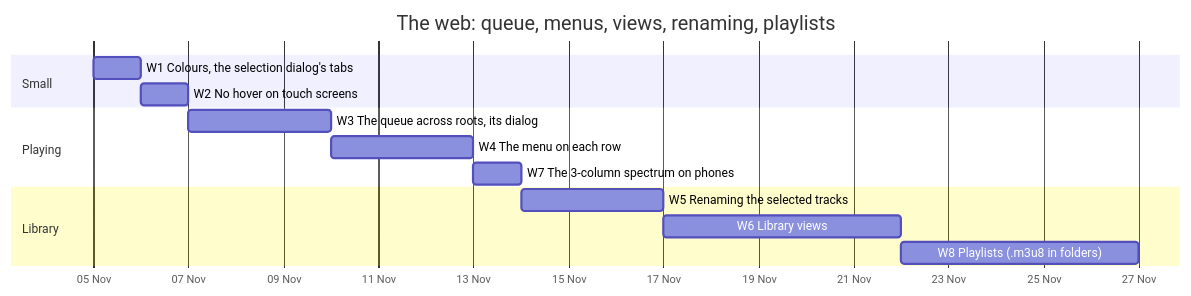
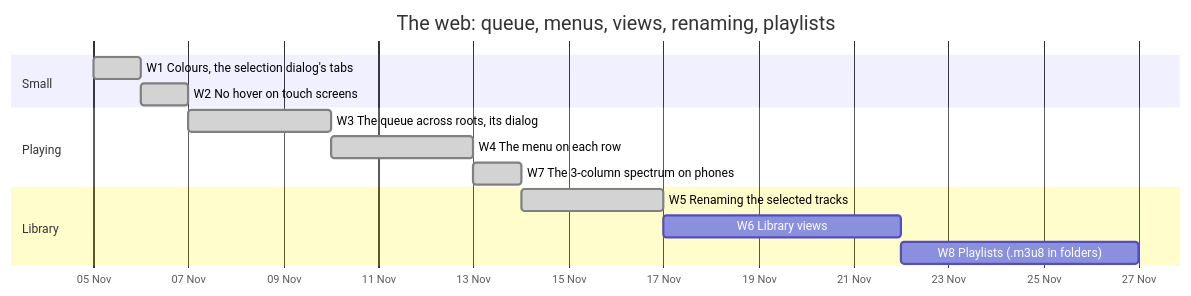
The diagram in ROADMAP/2026-11-04/web-queue-views-renaming.md (jgermade/jackbird), drawn with Mermaid before and after one commit. The commit also changed other lines of this file and 13 other files, not shown here.

First line of the commit message:
feat(web): rename the selected tracks by a %field% pattern (W5)

````diff
--- a/ROADMAP/2026-11-04/web-queue-views-renaming.md
+++ b/ROADMAP/2026-11-04/web-queue-views-renaming.md
@@ -11,17 +13,17 @@
 ```mermaid
 gantt
   title The web: queue, menus, views, renaming, playlists
   dateFormat YYYY-MM-DD
   axisFormat %d %b
   section Small
-    W1 Colours, the selection dialog's tabs     :w1, 2026-11-05, 1d
-    W2 No hover on touch screens                :w2, after w1, 1d
+    W1 Colours, the selection dialog's tabs     :done, w1, 2026-11-05, 1d
+    W2 No hover on touch screens                :done, w2, after w1, 1d
   section Playing
-    W3 The queue across roots, its dialog       :w3, after w2, 3d
-    W4 The menu on each row                     :w4, after w3, 3d
-    W7 The 3-column spectrum on phones          :w7, after w4, 1d
+    W3 The queue across roots, its dialog       :done, w3, after w2, 3d
+    W4 The menu on each row                     :done, w4, after w3, 3d
+    W7 The 3-column spectrum on phones          :done, w7, after w4, 1d
   section Library
-    W5 Renaming the selected tracks             :w5, after w7, 3d
+    W5 Renaming the selected tracks             :done, w5, after w7, 3d
     W6 Library views                            :w6, after w5, 5d
     W8 Playlists (.m3u8 in folders)             :w8, after w6, 5d
 ```
````
